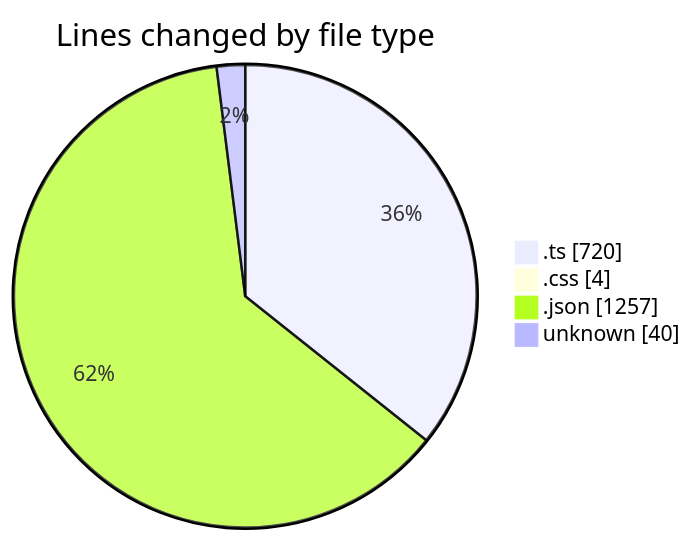
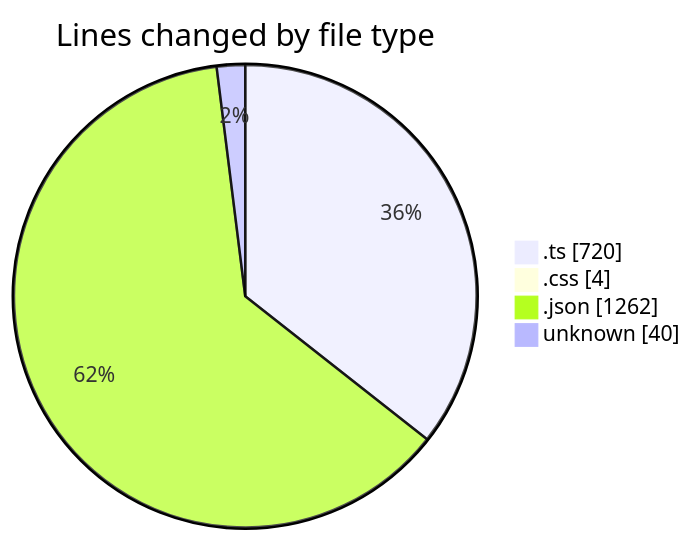
One commit to EIIisD/code-tracking changed the first of 2 diagrams in 2025-07-13/tampermonkey/README.md. Above: the diagram before and after it, drawn with Mermaid. The commit also changed other lines of this file and 1 other file, not shown here.

````diff
--- a/2025-07-13/tampermonkey/README.md
+++ b/2025-07-13/tampermonkey/README.md
@@ -33,8 +33,8 @@
 ```mermaid
 pie showData
 title Lines changed by file type
 ".ts" : 720
 ".css" : 4
-".json" : 1257
+".json" : 1262
 "unknown" : 40
 ```
````
